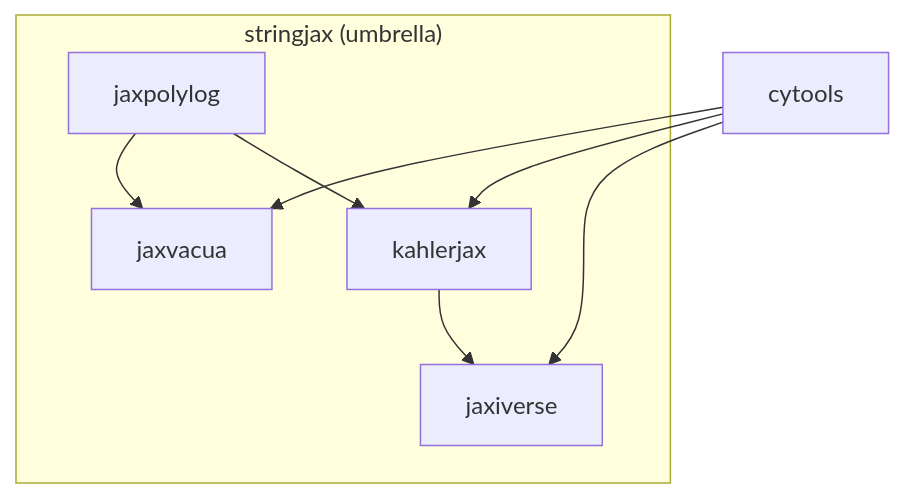
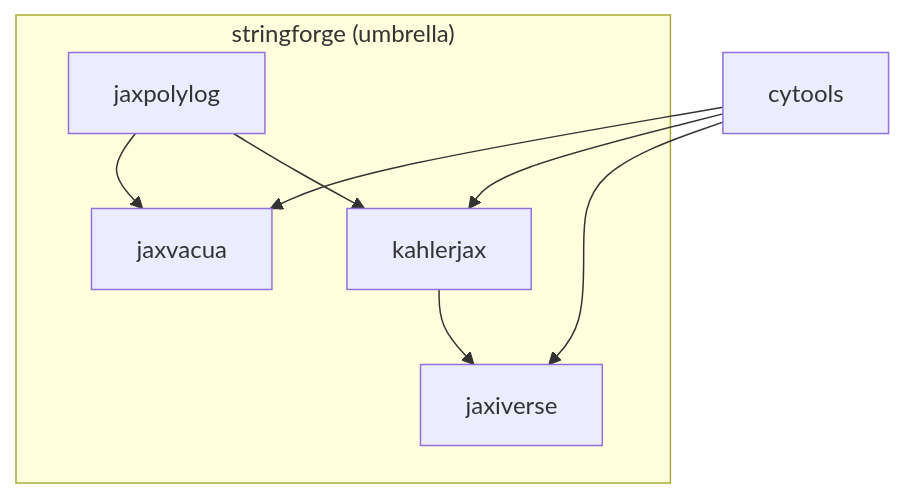
Before and after one commit to StringJAX/stringforge: the diagram in documentation/source/ecosystem/overview.md, drawn with Mermaid. The commit also changed other lines of this file and 84 other files, not shown here.

Commit message:
Rename package: stringjax → stringforge

````diff
--- a/documentation/source/ecosystem/overview.md
+++ b/documentation/source/ecosystem/overview.md
@@ -27,15 +27,15 @@
 ```{mermaid}
 graph TD
   cytools --> jaxvacua
   cytools --> kahlerjax
   cytools --> jaxiverse
   jaxpolylog --> jaxvacua
   jaxpolylog --> kahlerjax
   kahlerjax --> jaxiverse
-  subgraph stringjax["stringjax (umbrella)"]
+  subgraph stringforge["stringforge (umbrella)"]
     jaxvacua
     kahlerjax
     jaxiverse
     jaxpolylog
   end
 ```
````
